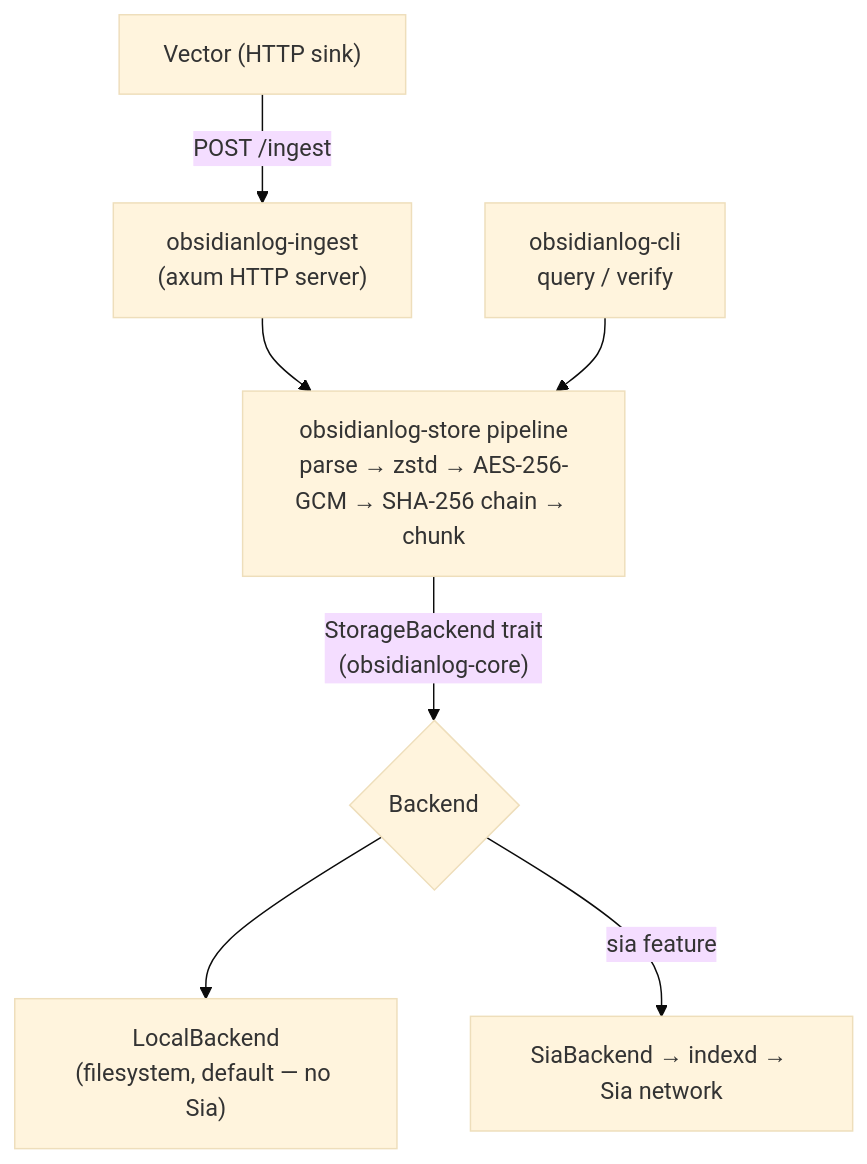
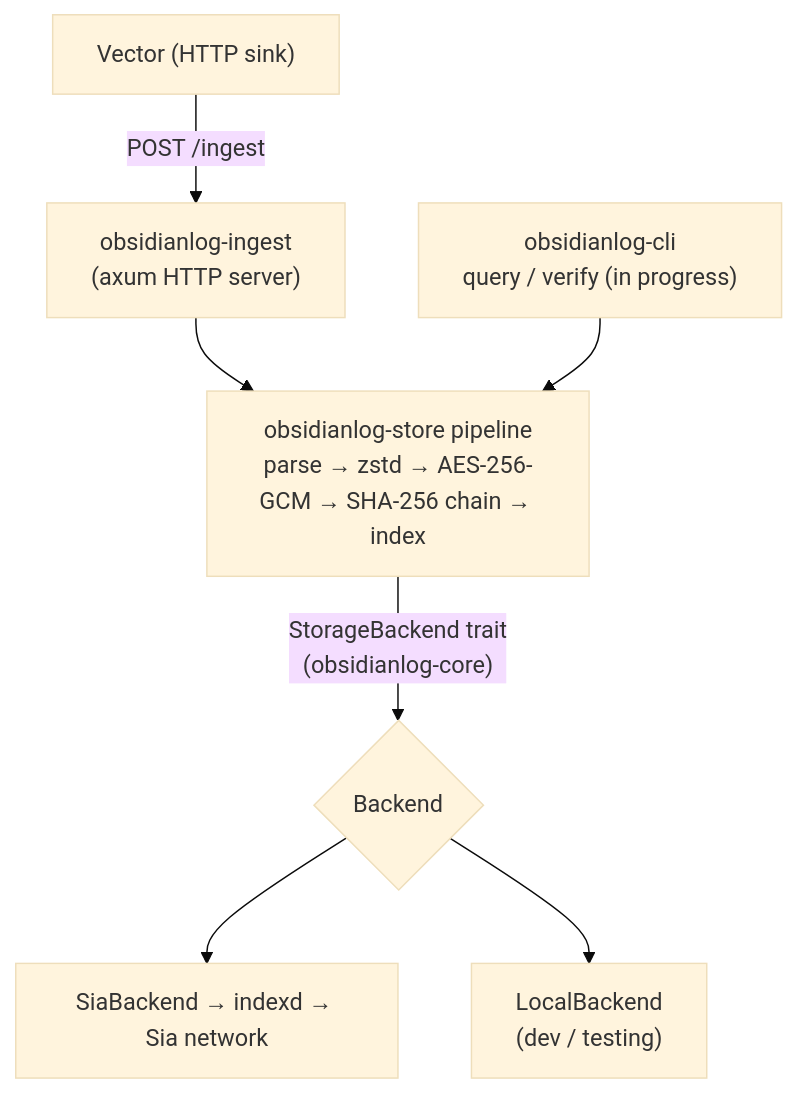
Before and after one commit to Alrighttt/ObsidianLog: the diagram in README.md, drawn with Mermaid (base theme). The commit also changed other lines of this file and 12 other files, not shown here.

````diff
--- a/README.md
+++ b/README.md
@@ -64,9 +53,9 @@
 ```mermaid
 flowchart TD
     V["Vector (HTTP sink)"] -->|"POST /ingest"| ING["obsidianlog-ingest<br/>(axum HTTP server)"]
-    ING --> PIPE["obsidianlog-store pipeline<br/>parse → zstd → AES-256-GCM → SHA-256 chain → chunk"]
-    CLI["obsidianlog-cli<br/>query / verify"] --> PIPE
+    ING --> PIPE["obsidianlog-store pipeline<br/>parse → zstd → AES-256-GCM → SHA-256 chain → index"]
+    CLI["obsidianlog-cli<br/>query / verify (in progress)"] --> PIPE
     PIPE -->|"StorageBackend trait<br/>(obsidianlog-core)"| BK{"Backend"}
-    BK --> LOCAL["LocalBackend<br/>(filesystem, default — no Sia)"]
-    BK -->|"sia feature"| SIA["SiaBackend → indexd → Sia network"]
+    BK --> SIA["SiaBackend → indexd → Sia network"]
+    BK --> LOCAL["LocalBackend<br/>(dev / testing)"]
 ```
````
